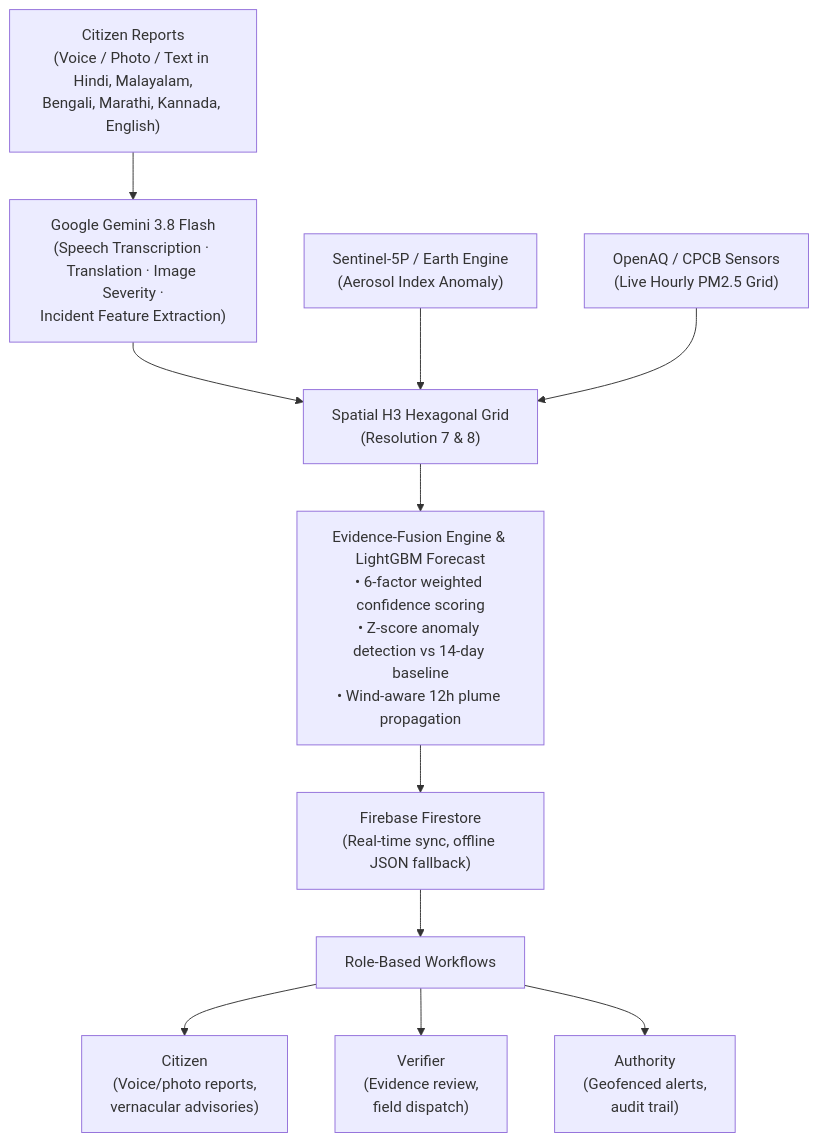
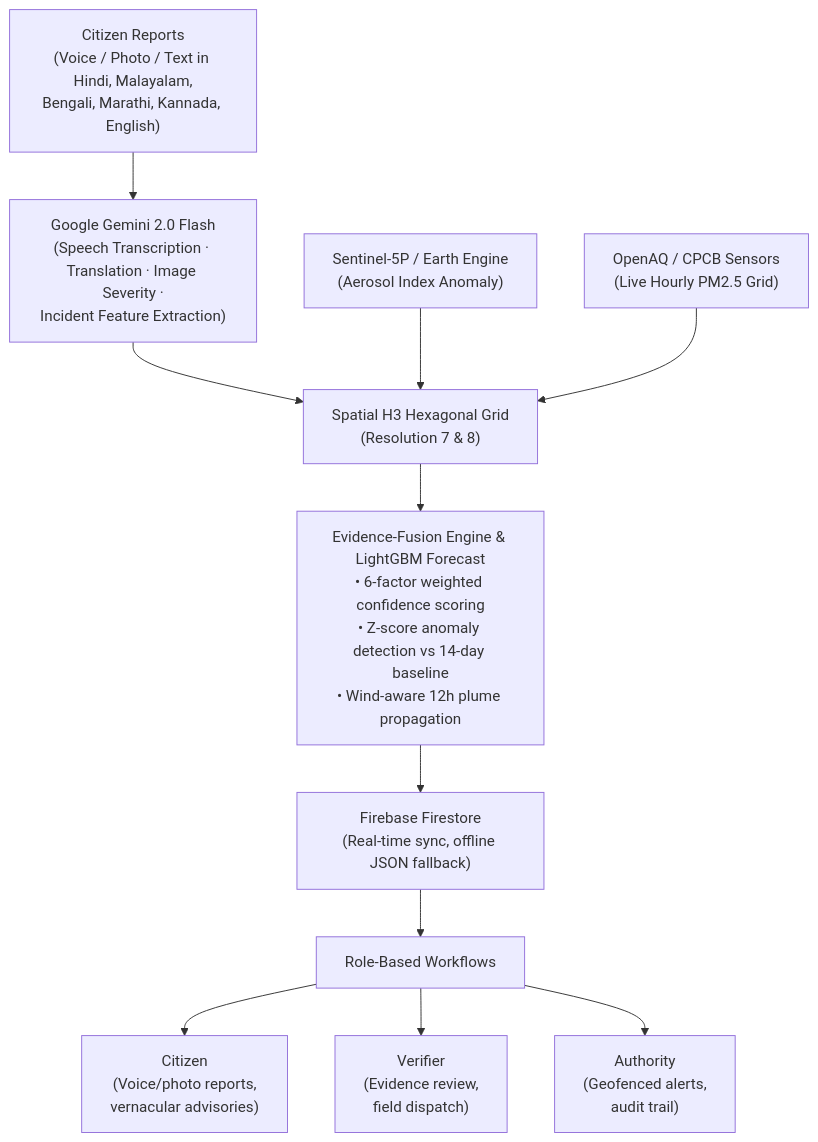
The diagram in README.md (AthulRm18/airgrid), drawn with Mermaid before and after one commit. The commit also changed other lines of this file, not shown here.

Commit message:
docs: replace gemini-3.8-flash with gemini-2.0-flash throughout README

````diff
--- a/README.md
+++ b/README.md
@@ -71,38 +71,38 @@
 ```mermaid
 flowchart TD
     A["Citizen Reports<br/>(Voice / Photo / Text in Hindi, Malayalam,<br/>Bengali, Marathi, Kannada, English)"]
 
-    B["Google Gemini 3.8 Flash<br/>(Speech Transcription · Translation · Image Severity ·<br/>Incident Feature Extraction)"]
+    B["Google Gemini 2.0 Flash<br/>(Speech Transcription · Translation · Image Severity ·<br/>Incident Feature Extraction)"]
 
     C["Sentinel-5P / Earth Engine<br/>(Aerosol Index Anomaly)"]
 
     D["OpenAQ / CPCB Sensors<br/>(Live Hourly PM2.5 Grid)"]
 
     E["Spatial H3 Hexagonal Grid<br/>(Resolution 7 & 8)"]
 
     F["Evidence-Fusion Engine & LightGBM Forecast<br/>• 6-factor weighted confidence scoring<br/>• Z-score anomaly detection vs 14-day baseline<br/>• Wind-aware 12h plume propagation"]
 
     G["Firebase Firestore<br/>(Real-time sync, offline JSON fallback)"]
 
     H["Role-Based Workflows"]
 
     I["Citizen<br/>(Voice/photo reports,<br/>vernacular advisories)"]
 
     J["Verifier<br/>(Evidence review,<br/>field dispatch)"]
 
     K["Authority<br/>(Geofenced alerts,<br/>audit trail)"]
 
     A --> B
 
     B --> E
     C --> E
     D --> E
 
     E --> F
     F --> G
     G --> H
 
     H --> I
     H --> J
     H --> K
 ```
````
